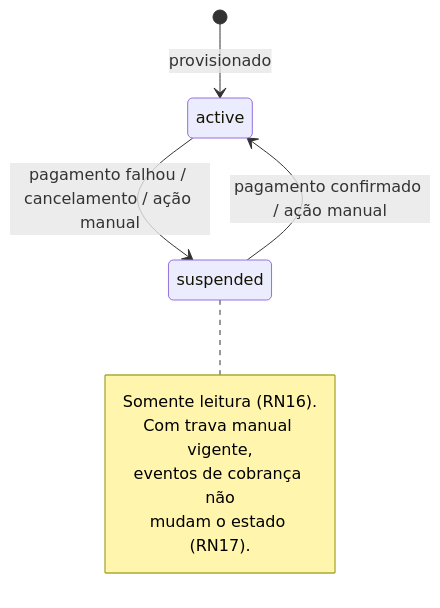
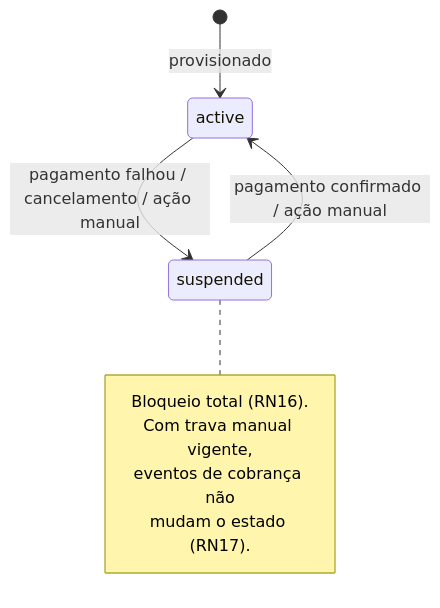
The third of 4 diagrams in docs/03-modelagem/modelo-de-dados.md (uendelsilveira/Multi_Tenant), drawn with Mermaid before and after one commit. The commit also changed other lines of this file and 9 other files, not shown here.

````diff
--- a/docs/03-modelagem/modelo-de-dados.md
+++ b/docs/03-modelagem/modelo-de-dados.md
@@ -179,12 +181,12 @@
 ```mermaid
 stateDiagram-v2
     [*] --> active : provisionado
     active --> suspended : pagamento falhou / cancelamento / ação manual
     suspended --> active : pagamento confirmado / ação manual
     note right of suspended
-        Somente leitura (RN16).
+        Bloqueio total (RN16).
         Com trava manual vigente,
         eventos de cobrança não
         mudam o estado (RN17).
     end note
 ```
````
